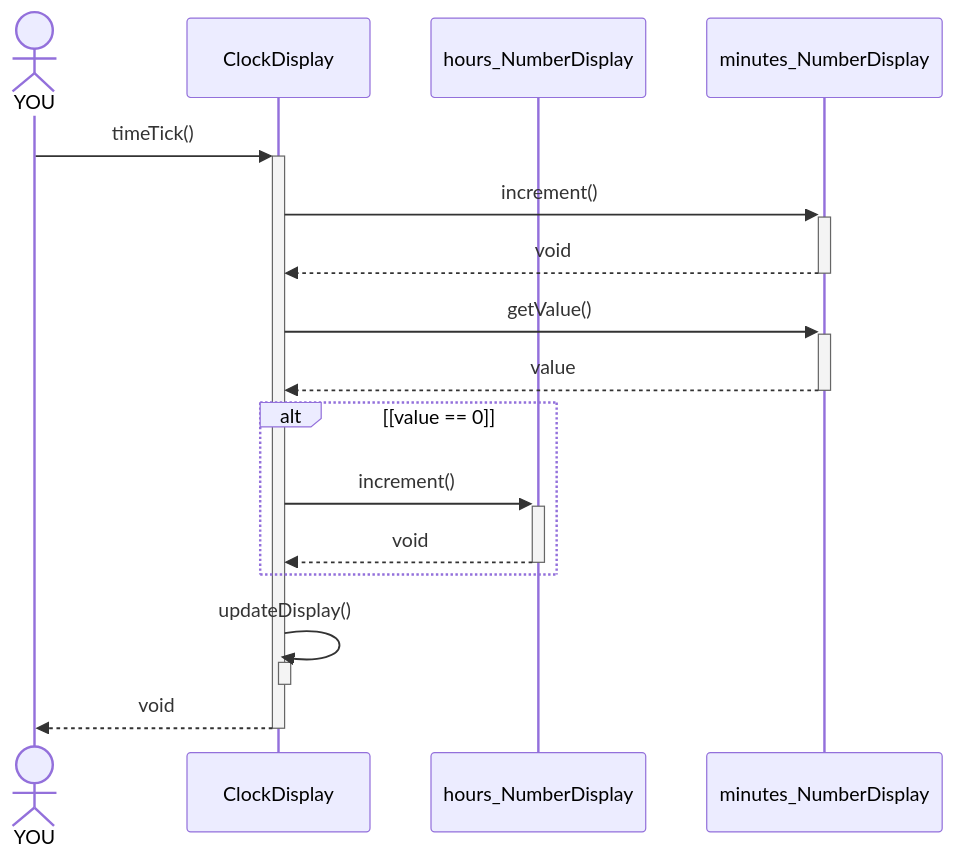
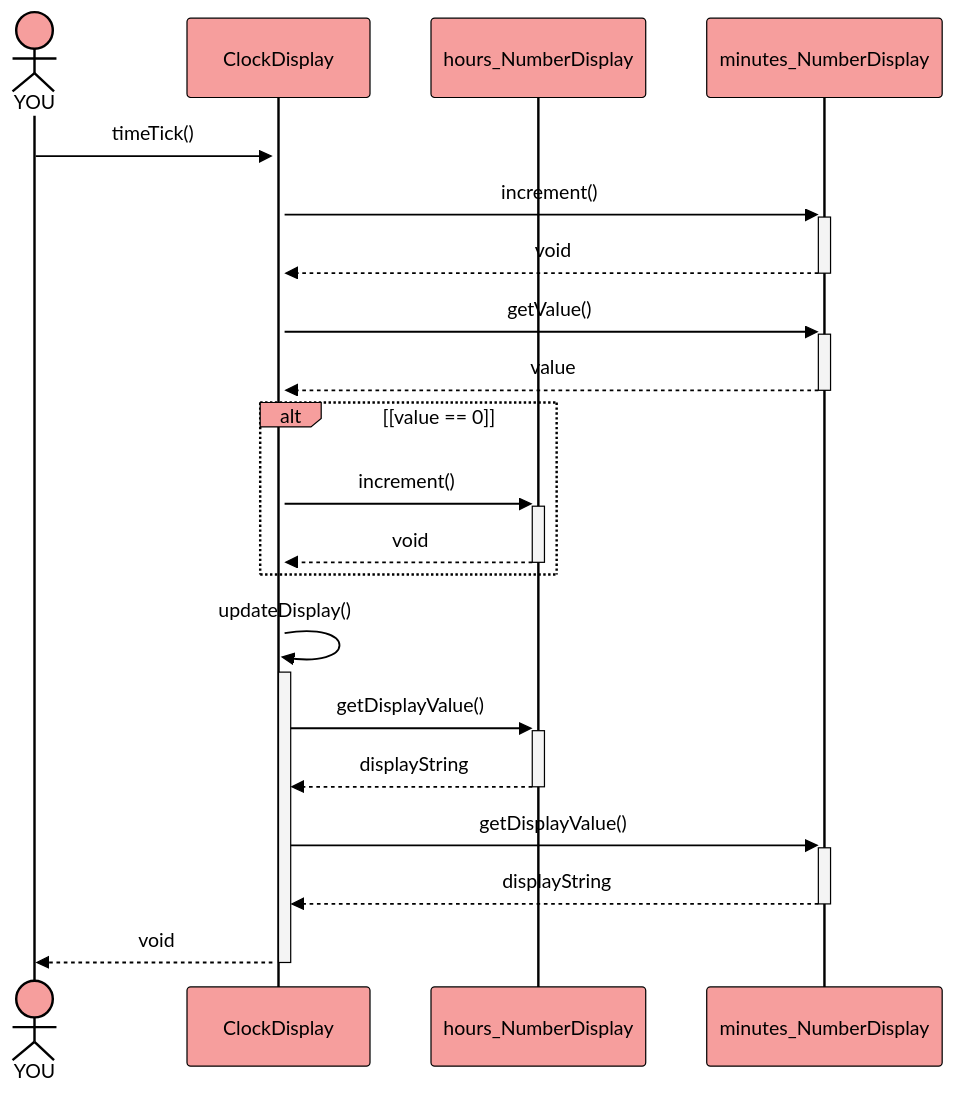
One commit to bkleinen/bkleinen.github.io changed the fourth of 4 diagrams in hugo/content/material/info1/clock_display_refactoring/original_clock_display.md. Above: the diagram before and after it, drawn with Mermaid. The commit also changed other lines of this file and 15 other files, not shown here.

Commit message:
clock display critique

````diff
--- a/hugo/content/material/info1/clock_display_refactoring/original_clock_display.md
+++ b/hugo/content/material/info1/clock_display_refactoring/original_clock_display.md
@@ -88,27 +123,44 @@
 ```mermaid
-
+%%{
+  init: {
+    'theme': 'base',
+    'themeVariables': {
+      'primaryColor': '#f69e9d', 
+      'primaryTextColor': '#000',
+      'primaryBorderColor': '#000',
+      'lineColor': '#F8B229',
+      'secondaryColor': '#f4f4f4',
+      'activationBorderColor': '#000',
+      'tertiaryColor': '#fff'
+    }
+  }
+}%%
 sequenceDiagram
     actor YOU
     participant ClockDisplay
     participant hours_NumberDisplay
     participant minutes_NumberDisplay
 
     YOU->>+ClockDisplay: timeTick()
     ClockDisplay->>+minutes_NumberDisplay:increment()
     minutes_NumberDisplay-->>-ClockDisplay:void
 
     ClockDisplay->>+minutes_NumberDisplay:getValue()
     minutes_NumberDisplay-->>-ClockDisplay:value
 
     alt [value == 0]
 
     ClockDisplay->>+hours_NumberDisplay:increment()
     hours_NumberDisplay-->>-ClockDisplay:void
     end
 
     ClockDisplay->>+ClockDisplay:updateDisplay()
-    deactivate ClockDisplay
+    ClockDisplay->>+hours_NumberDisplay:getDisplayValue()
+    hours_NumberDisplay-->>-ClockDisplay:displayString
+    ClockDisplay->>+minutes_NumberDisplay:getDisplayValue()
+    minutes_NumberDisplay-->>-ClockDisplay:displayString
+    
 
     ClockDisplay-->>-YOU:void
 
 ```
````
